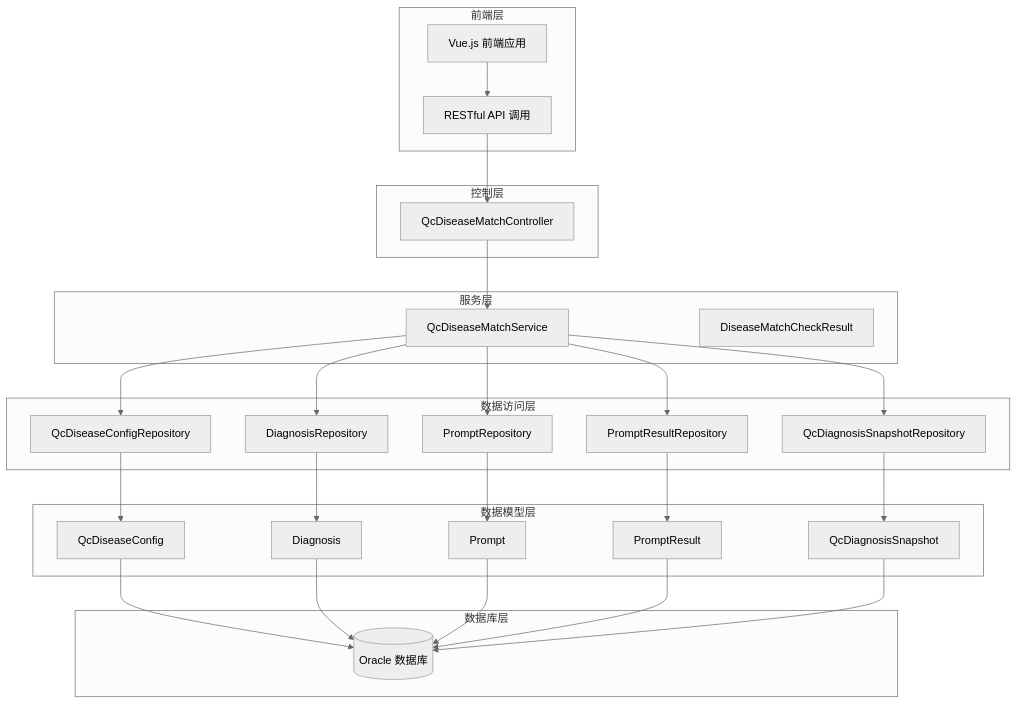
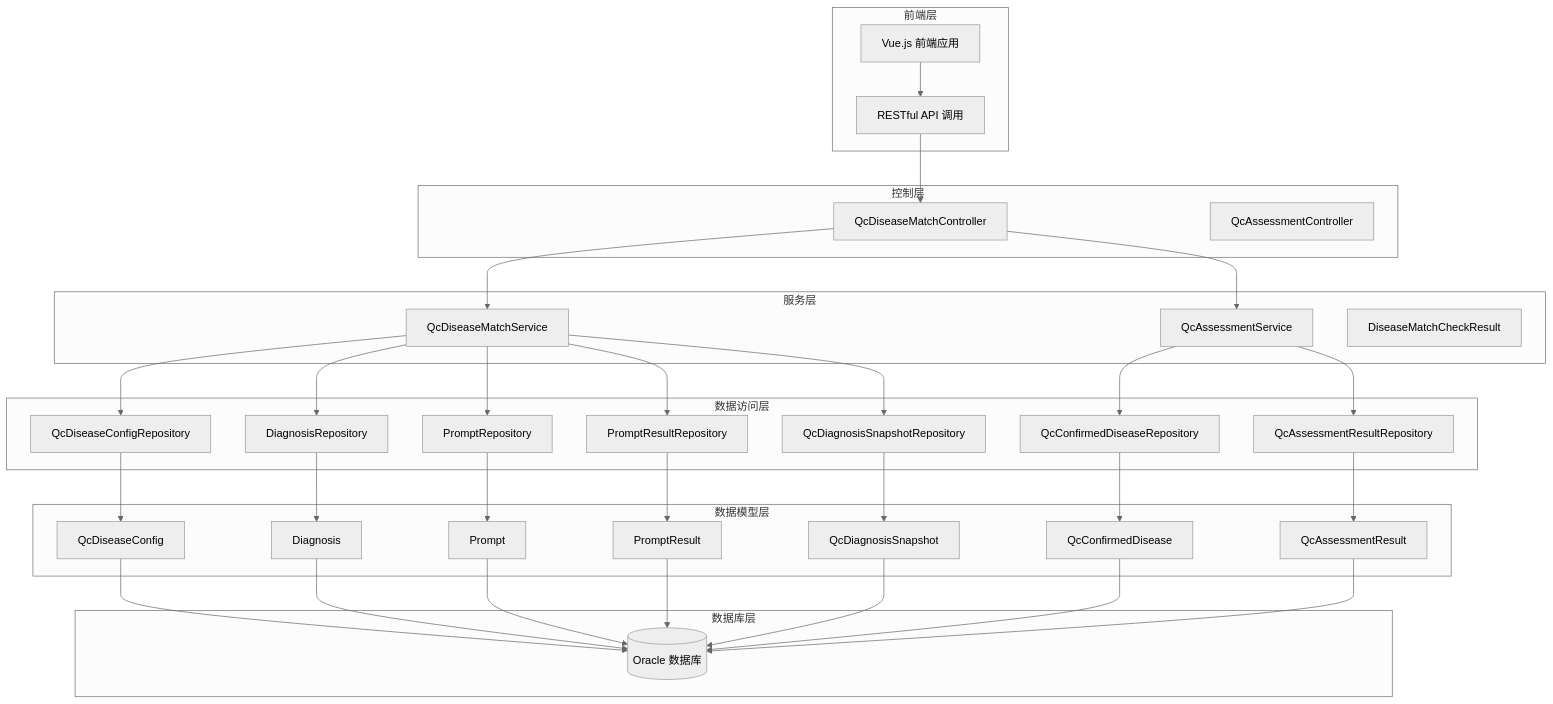
One commit to liuzh2008/med_ai_assistant_workspace changed the first of 10 diagrams in .qoder/repowiki/zh/content/QC病种匹配系统.md. Above: the diagram before and after it, drawn with Mermaid (neutral theme). The commit also changed other lines of this file and 4 other files, not shown here.

````diff
--- a/.qoder/repowiki/zh/content/QC病种匹配系统.md
+++ b/.qoder/repowiki/zh/content/QC病种匹配系统.md
@@ -39,49 +59,62 @@
 ```mermaid
 graph TB
 subgraph "前端层"
 Vue[Vue.js 前端应用]
 API[RESTful API 调用]
 end
 subgraph "控制层"
 Controller[QcDiseaseMatchController]
+AssessmentController[QcAssessmentController]
 end
 subgraph "服务层"
-Service[QcDiseaseMatchService]
+DiseaseMatchService[QcDiseaseMatchService]
+AssessmentService[QcAssessmentService]
 CheckResult[DiseaseMatchCheckResult]
 end
 subgraph "数据访问层"
 ConfigRepo[QcDiseaseConfigRepository]
 DiagRepo[DiagnosisRepository]
 PromptRepo[PromptRepository]
 ResultRepo[PromptResultRepository]
 SnapshotRepo[QcDiagnosisSnapshotRepository]
+ConfirmedRepo[QcConfirmedDiseaseRepository]
+AssessmentRepo[QcAssessmentResultRepository]
 end
 subgraph "数据模型层"
 ConfigModel[QcDiseaseConfig]
 DiagModel[Diagnosis]
 PromptModel[Prompt]
 ResultModel[PromptResult]
 SnapshotModel[QcDiagnosisSnapshot]
+ConfirmedModel[QcConfirmedDisease]
+AssessmentModel[QcAssessmentResult]
 end
 subgraph "数据库层"
 Oracle[(Oracle 数据库)]
 end
 Vue --> API
 API --> Controller
-Controller --> Service
-Service --> ConfigRepo
-Service --> DiagRepo
-Service --> PromptRepo
-Service --> ResultRepo
-Service --> SnapshotRepo
+Controller --> DiseaseMatchService
+Controller --> AssessmentService
+DiseaseMatchService --> ConfigRepo
+DiseaseMatchService --> DiagRepo
+DiseaseMatchService --> PromptRepo
+DiseaseMatchService --> ResultRepo
+DiseaseMatchService --> SnapshotRepo
+AssessmentService --> ConfirmedRepo
+AssessmentService --> AssessmentRepo
 ConfigRepo --> ConfigModel
 DiagRepo --> DiagModel
 PromptRepo --> PromptModel
 ResultRepo --> ResultModel
 SnapshotRepo --> SnapshotModel
+ConfirmedRepo --> ConfirmedModel
+AssessmentRepo --> AssessmentModel
 ConfigModel --> Oracle
 DiagModel --> Oracle
 PromptModel --> Oracle
 ResultModel --> Oracle
 SnapshotModel --> Oracle
+ConfirmedModel --> Oracle
+AssessmentModel --> Oracle
 ```
````
